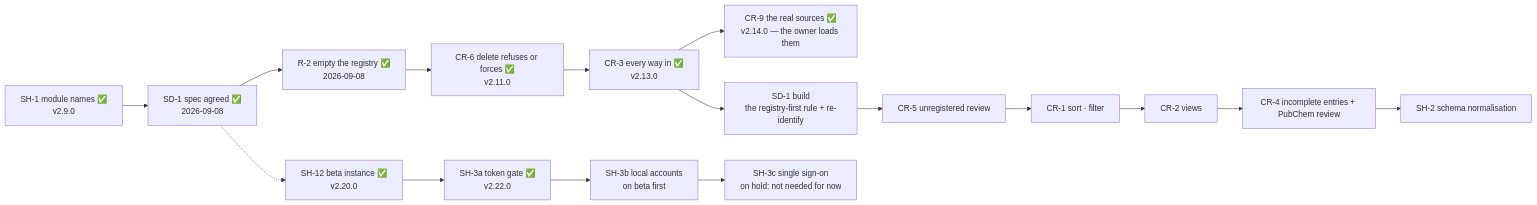
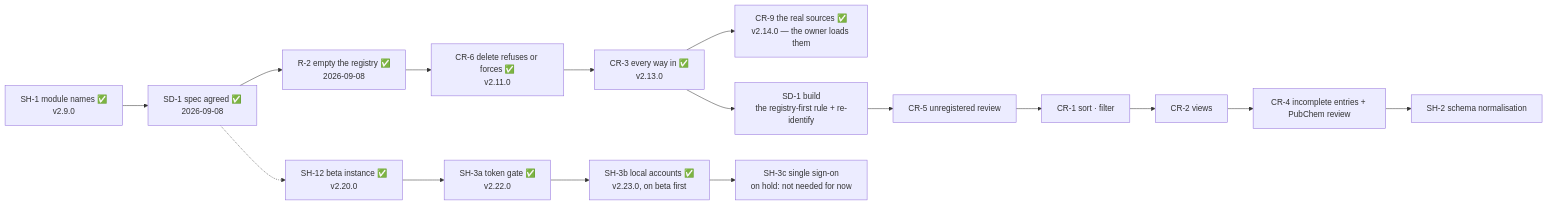
One commit to akannan2987/nr-nips-crucible changed the diagram in docs/05-roadmap.md. Above: the diagram before and after it, drawn with Mermaid. The commit also changed other lines of this file and 52 other files, not shown here.

````diff
--- a/docs/05-roadmap.md
+++ b/docs/05-roadmap.md
@@ -213,12 +213,12 @@
 ```mermaid
 flowchart LR
     SH1["SH-1 module names ✅<br/>v2.9.0"] --> SD1s["SD-1 spec agreed ✅<br/>2026-09-08"]
     SD1s --> R2["R-2 empty the registry ✅<br/>2026-09-08"]
     R2 --> CR6["CR-6 delete refuses or forces ✅<br/>v2.11.0"] --> CR3["CR-3 every way in ✅<br/>v2.13.0"] --> CR9["CR-9 the real sources ✅<br/>v2.14.0 — the owner loads them"]
     CR3 --> SD1["SD-1 build<br/>the registry-first rule + re-identify"]
     SD1 --> CR5["CR-5 unregistered review"]
     CR5 --> CR1["CR-1 sort · filter"] --> CR2["CR-2 views"]
     CR2 --> CR4["CR-4 incomplete entries + PubChem review"]
     CR4 --> SH2["SH-2 schema normalisation"]
-    SD1s -.-> SH12["SH-12 beta instance ✅<br/>v2.20.0"] --> SH3a["SH-3a token gate ✅<br/>v2.22.0"] --> SH3b["SH-3b local accounts<br/>on beta first"] --> SH3c["SH-3c single sign-on<br/>on hold: not needed for now"]
+    SD1s -.-> SH12["SH-12 beta instance ✅<br/>v2.20.0"] --> SH3a["SH-3a token gate ✅<br/>v2.22.0"] --> SH3b["SH-3b local accounts ✅<br/>v2.23.0, on beta first"] --> SH3c["SH-3c single sign-on<br/>on hold: not needed for now"]
 ```
````
